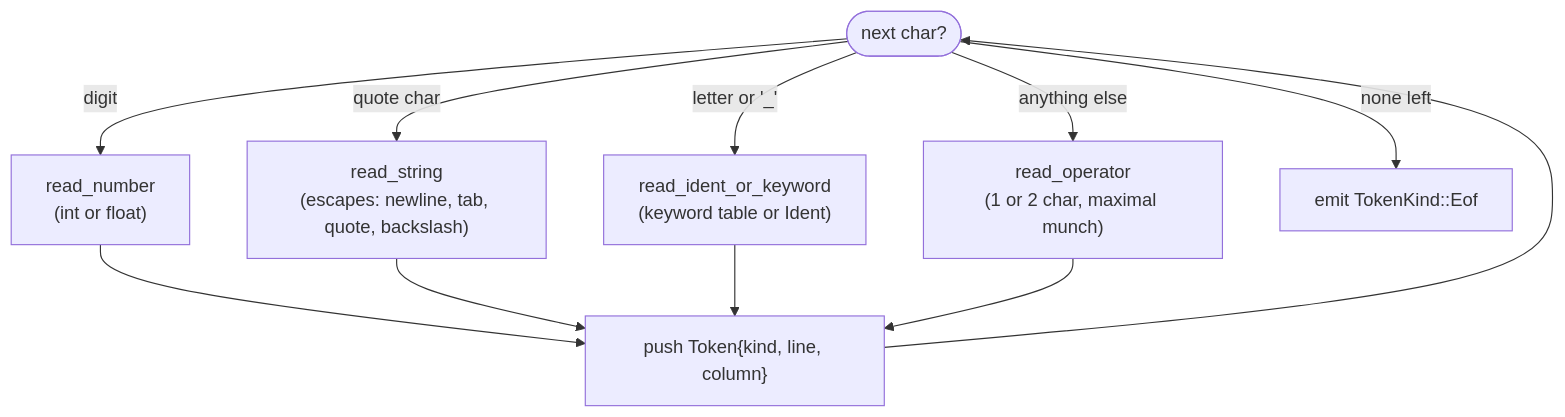
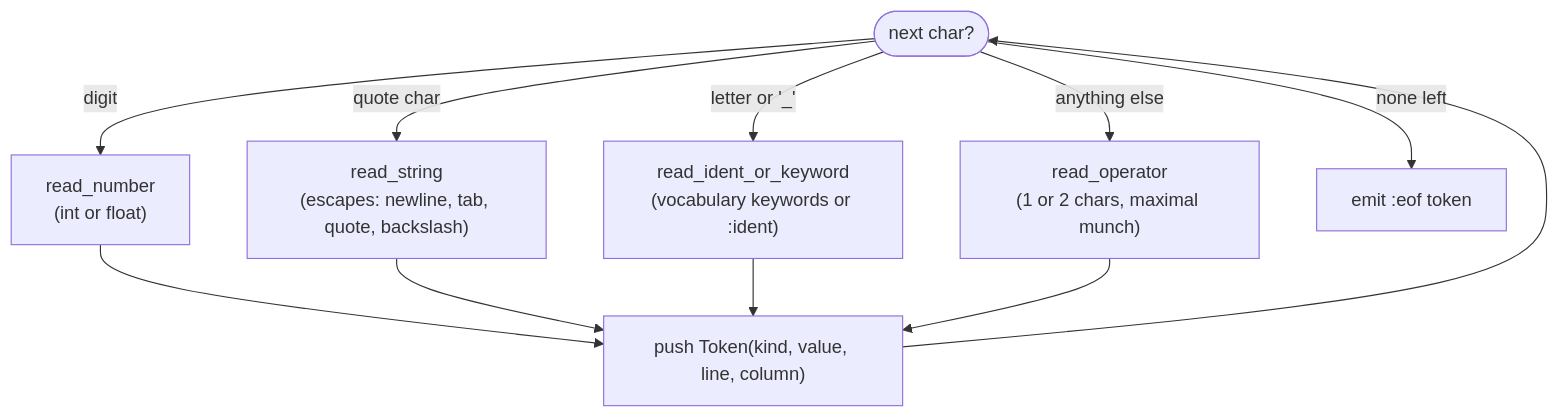
The second of 5 diagrams in docs/architecture.md (tiagoamaro/yara), drawn with Mermaid before and after one commit. The commit also changed other lines of this file and 68 other files, not shown here.

````diff
--- a/docs/architecture.md
+++ b/docs/architecture.md
@@ -38,13 +38,13 @@
 ```mermaid
 flowchart TD
     Start(["next char?"]) -->|digit| Num["read_number\n(int or float)"]
     Start -->|quote char| Str["read_string\n(escapes: newline, tab, quote, backslash)"]
-    Start -->|letter or '_'| Ident["read_ident_or_keyword\n(keyword table or Ident)"]
-    Start -->|anything else| Op["read_operator\n(1 or 2 char, maximal munch)"]
-    Start -->|none left| Eof["emit TokenKind::Eof"]
-    Num --> Tok["push Token{kind, line, column}"]
+    Start -->|letter or '_'| Ident["read_ident_or_keyword\n(vocabulary keywords or :ident)"]
+    Start -->|anything else| Op["read_operator\n(1 or 2 chars, maximal munch)"]
+    Start -->|none left| Eof["emit :eof token"]
+    Num --> Tok["push Token(kind, value, line, column)"]
     Str --> Tok
     Ident --> Tok
     Op --> Tok
     Tok --> Start
 ```
````
